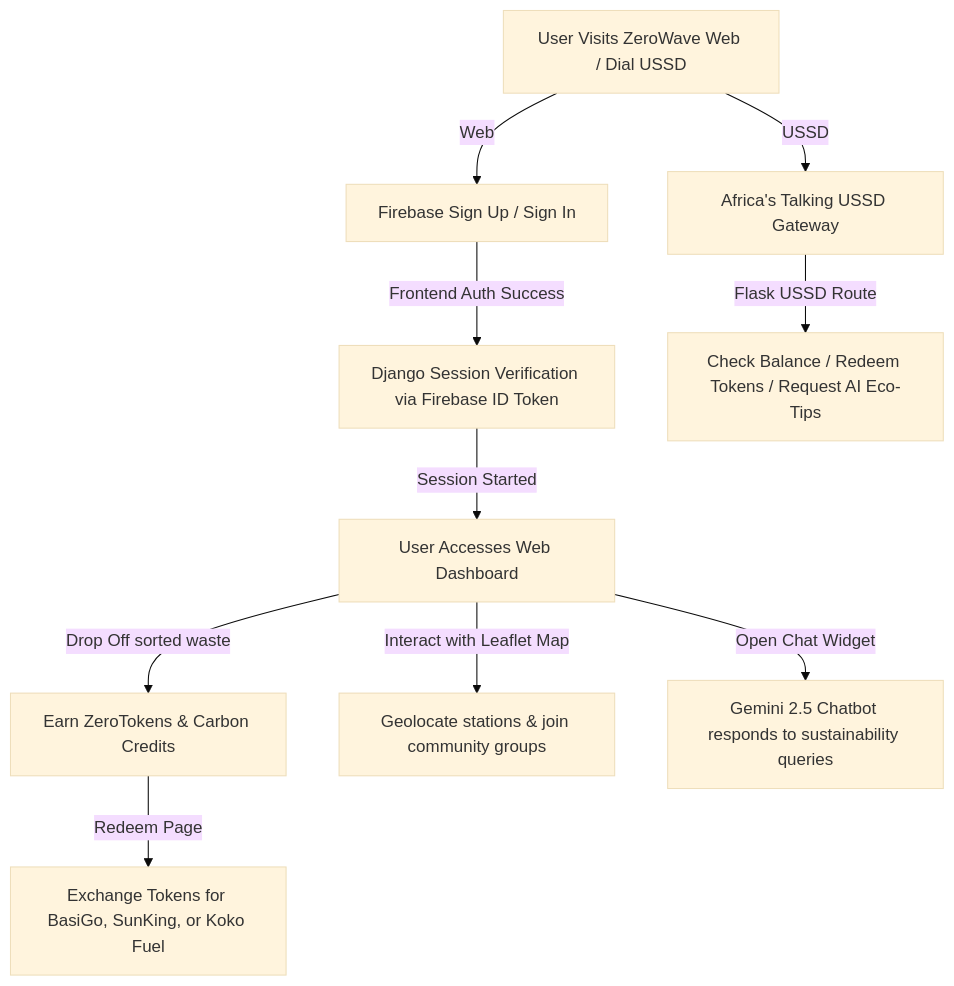
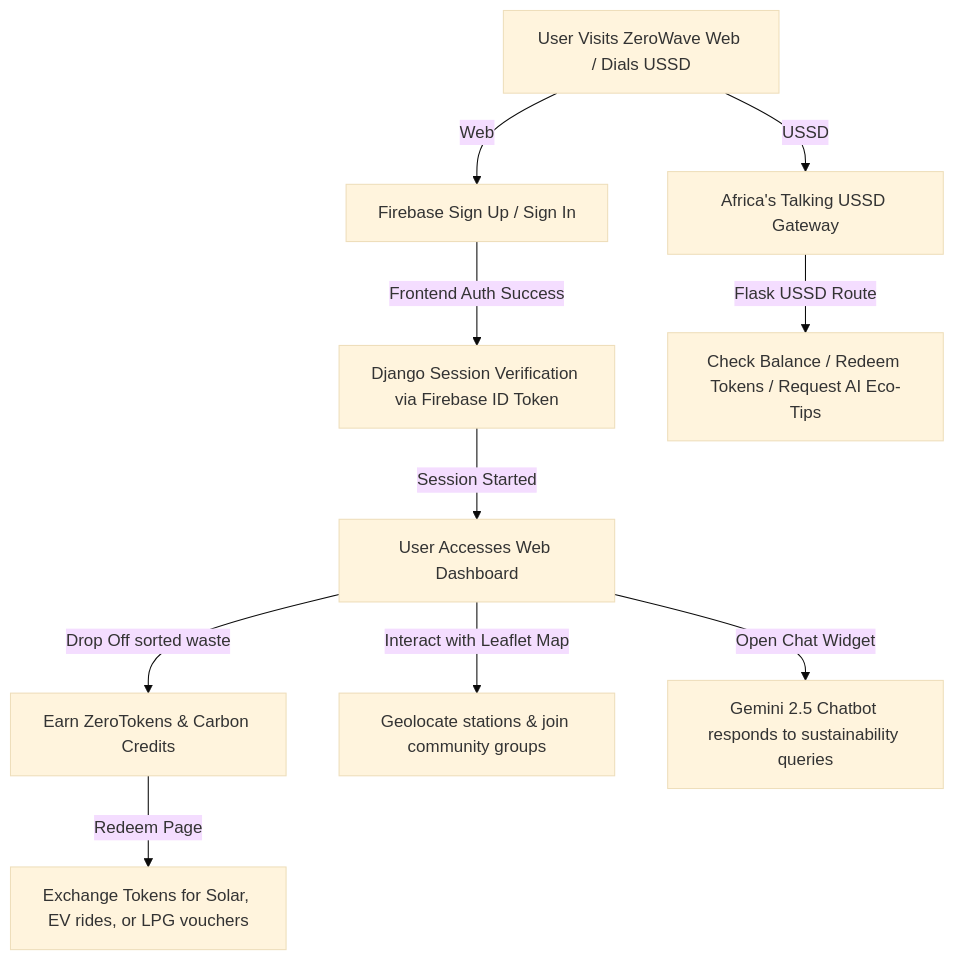
Before and after one commit to mcsb25032006/ZeroWave_GitHub: the first of 2 diagrams in ZeroWave/README.md, drawn with Mermaid (base theme). The commit also changed other lines of this file and 1 other file, not shown here.

````diff
--- a/ZeroWave/README.md
+++ b/ZeroWave/README.md
@@ -91,12 +38,12 @@
 ```mermaid
 graph TD
-    A[User Visits ZeroWave Web / Dial USSD] -->|Web| B[Firebase Sign Up / Sign In]
+    A[User Visits ZeroWave Web / Dials USSD] -->|Web| B[Firebase Sign Up / Sign In]
     A -->|USSD| C[Africa's Talking USSD Gateway]
     B -->|Frontend Auth Success| D[Django Session Verification via Firebase ID Token]
     D -->|Session Started| E[User Accesses Web Dashboard]
     C -->|Flask USSD Route| F[Check Balance / Redeem Tokens / Request AI Eco-Tips]
     E -->|Drop Off sorted waste| G[Earn ZeroTokens & Carbon Credits]
     E -->|Interact with Leaflet Map| H[Geolocate stations & join community groups]
     E -->|Open Chat Widget| I[Gemini 2.5 Chatbot responds to sustainability queries]
-    G -->|Redeem Page| J[Exchange Tokens for BasiGo, SunKing, or Koko Fuel]
+    G -->|Redeem Page| J[Exchange Tokens for Solar, EV rides, or LPG vouchers]
 ```
````
